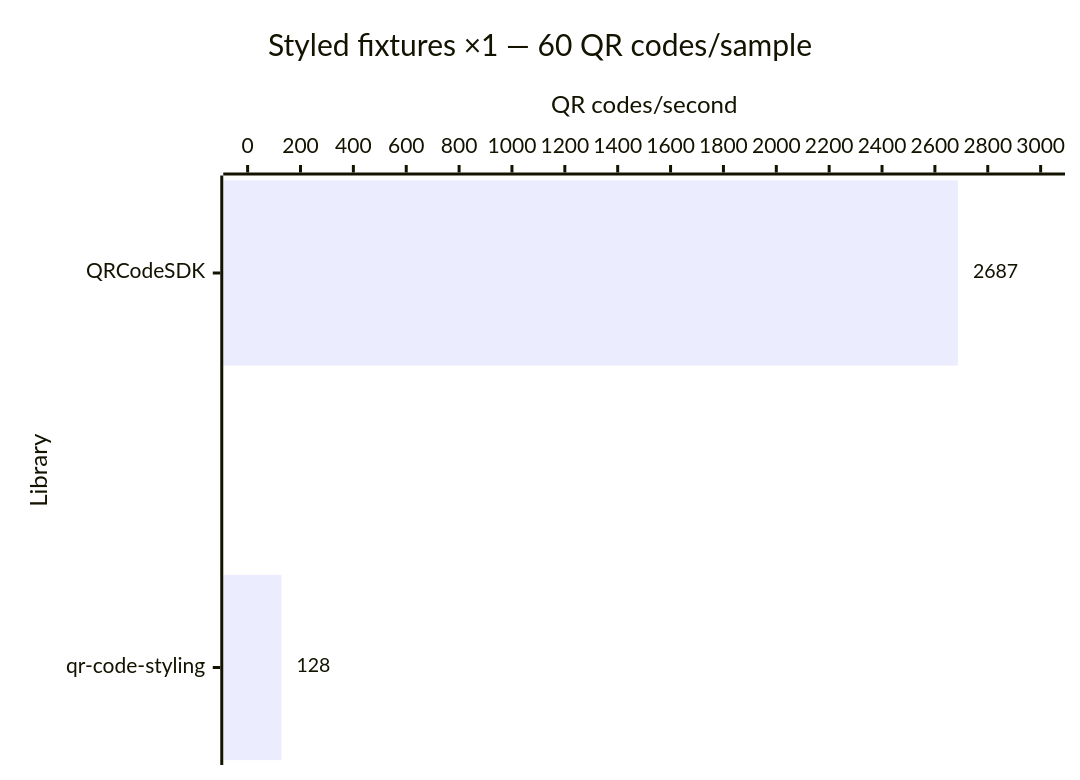
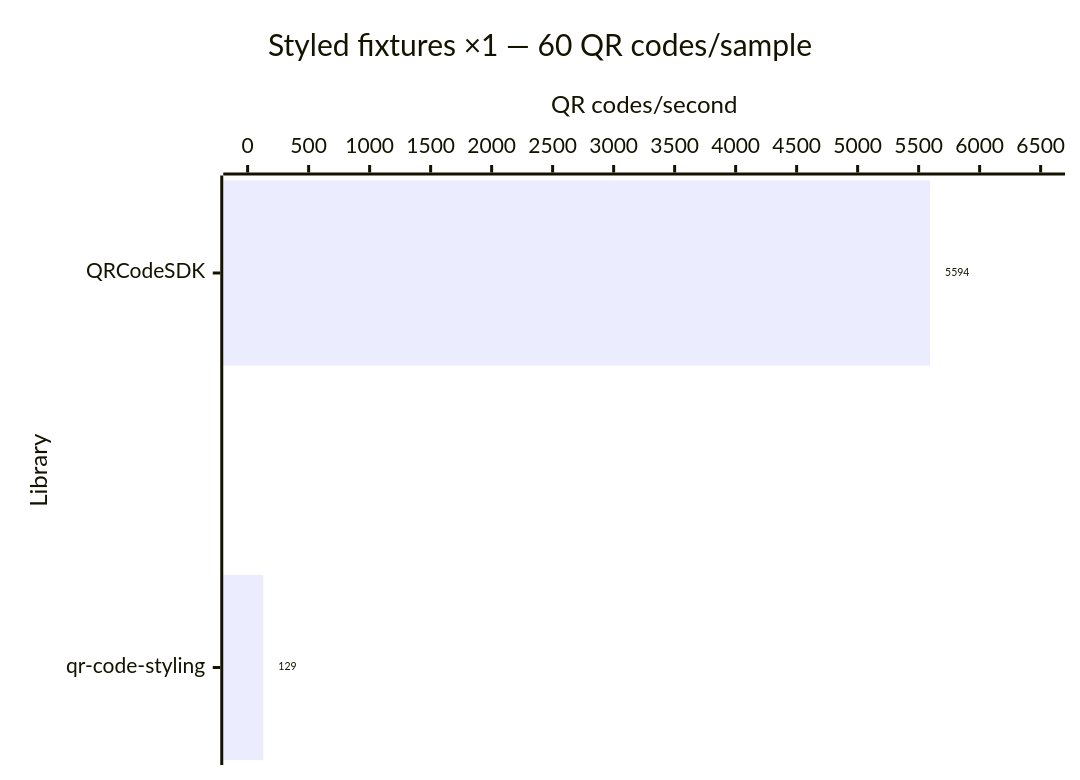
Before and after one commit to Dafnik/qrcodesdk: diagram 12 of 14 in apps/docs/src/content/docs/learn/performance.md, drawn with Mermaid. The commit also changed other lines of this file and 417 other files, not shown here.

````diff
--- a/apps/docs/src/content/docs/learn/performance.md
+++ b/apps/docs/src/content/docs/learn/performance.md
@@ -268,15 +268,15 @@
 ```mermaid
 ---
 config:
   xyChart:
     showDataLabel: true
     showDataLabelOutsideBar: true
 ---
 xychart horizontal
   accTitle: Styled SVG generation: Styled fixtures ×1 — 60 QR codes/sample
-  accDescr: Throughput calculated from median time. QRCodeSDK 2,687 QR codes per second, qr-code-styling 128 QR codes per second. Higher is better.
+  accDescr: Throughput calculated from median time. QRCodeSDK 5,594 QR codes per second, qr-code-styling 129 QR codes per second. Higher is better.
   title "Styled fixtures ×1 — 60 QR codes/sample"
   x-axis "Library" ["QRCodeSDK", "qr-code-styling"]
-  y-axis "QR codes/second" 0 --> 3000
-  bar [2687, 128]
+  y-axis "QR codes/second" 0 --> 6500
+  bar [5594, 129]
 ```
````
